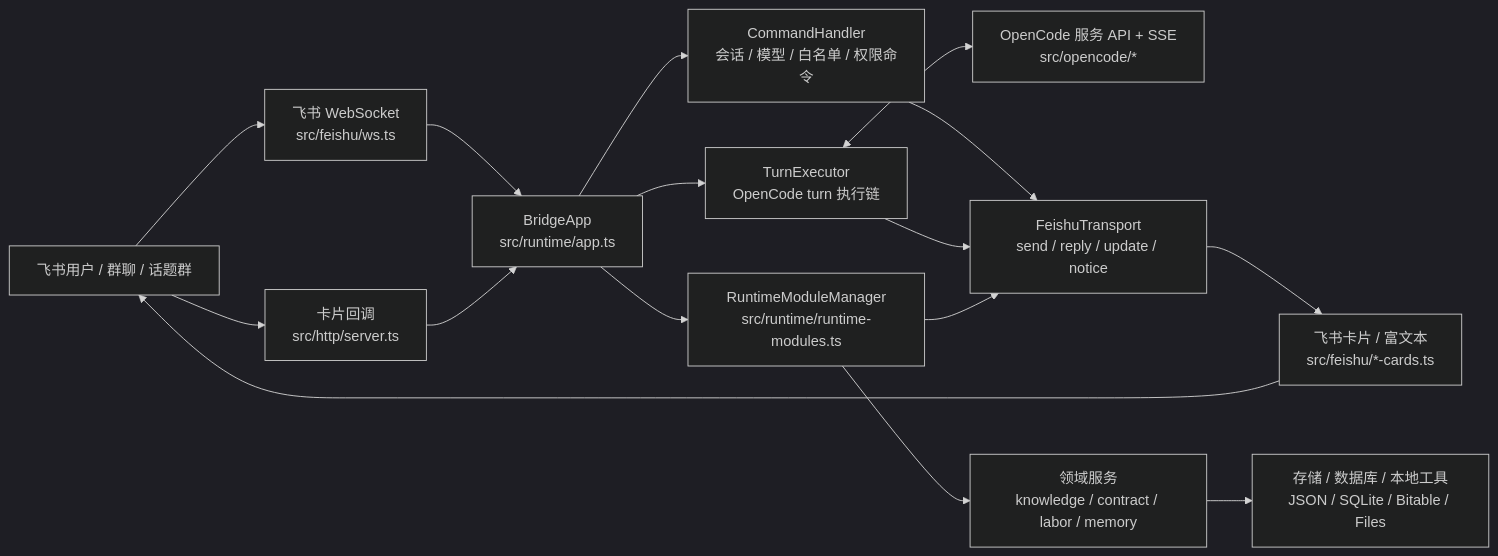
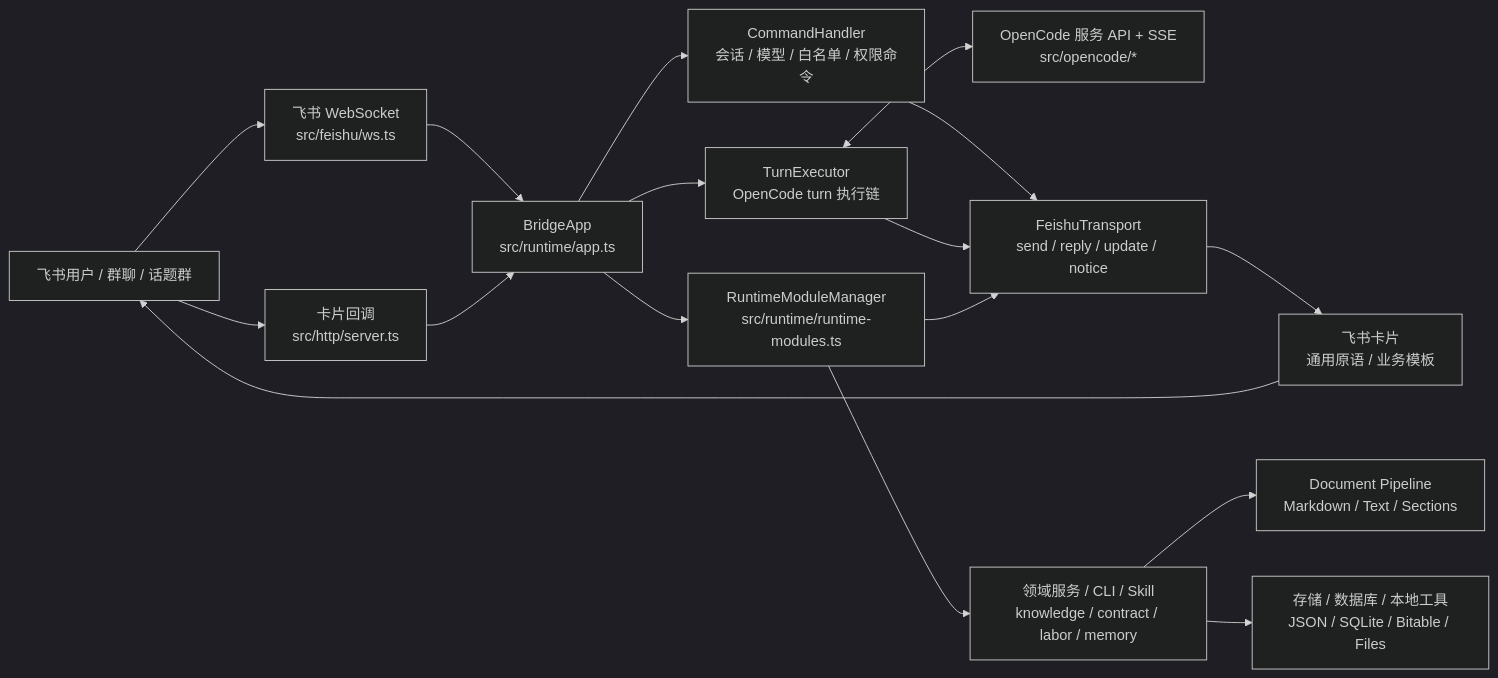
The first of 2 diagrams in README.md (Clukay-Fun/feishu-opencode-bridge), drawn with Mermaid (dark theme) before and after one commit. The commit also changed other lines of this file and 76 other files, not shown here.

````diff
--- a/README.md
+++ b/README.md
@@ -57,22 +60,23 @@
 ```mermaid
 flowchart LR
     user["飞书用户 / 群聊 / 话题群"] --> ws["飞书 WebSocket<br/>src/feishu/ws.ts"]
     user --> callback["卡片回调<br/>src/http/server.ts"]
 
     ws --> app["BridgeApp<br/>src/runtime/app.ts"]
     callback --> app
 
     app --> command["CommandHandler<br/>会话 / 模型 / 白名单 / 权限命令"]
     app --> executor["TurnExecutor<br/>OpenCode turn 执行链"]
     app --> modules["RuntimeModuleManager<br/>src/runtime/runtime-modules.ts"]
 
     executor <--> opencode["OpenCode 服务 API + SSE<br/>src/opencode/*"]
-    modules --> services["领域服务<br/>knowledge / contract / labor / memory"]
+    modules --> services["领域服务 / CLI / Skill<br/>knowledge / contract / labor / memory"]
+    services --> pipeline["Document Pipeline<br/>Markdown / Text / Sections"]
     services --> stores["存储 / 数据库 / 本地工具<br/>JSON / SQLite / Bitable / Files"]
 
     command --> transport["FeishuTransport<br/>send / reply / update / notice"]
     executor --> transport
     modules --> transport
-    transport --> cards["飞书卡片 / 富文本<br/>src/feishu/*-cards.ts"]
+    transport --> cards["飞书卡片<br/>通用原语 / 业务模板"]
     cards --> user
 ```
````
